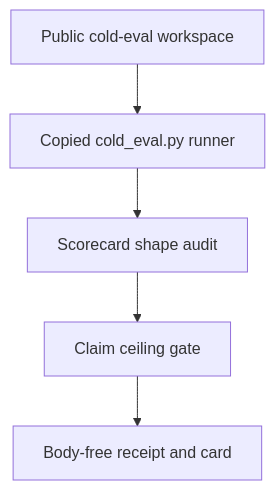
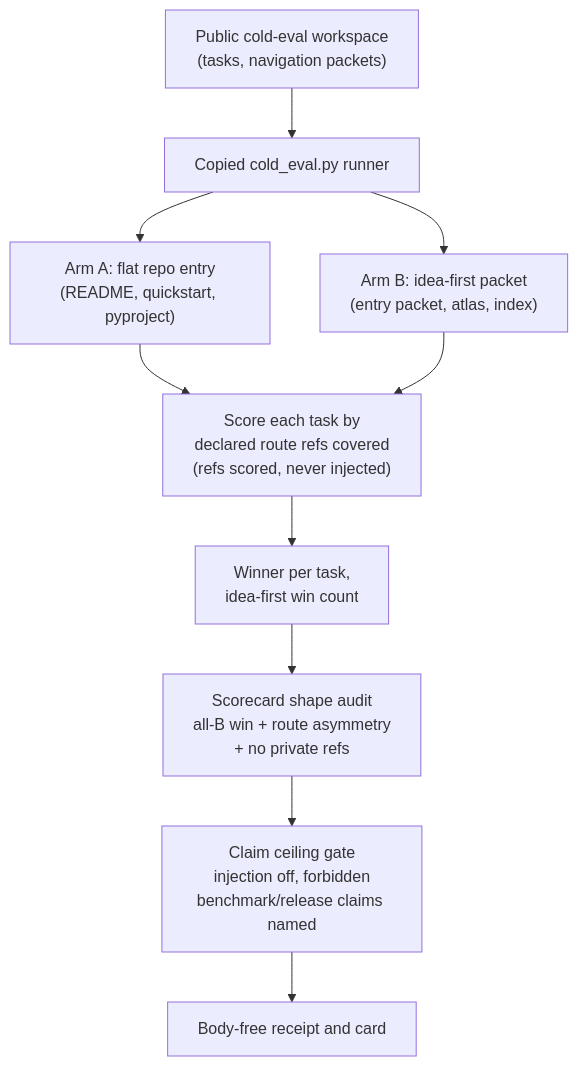
The diagram in paper_modules/batch10_cold_eval_honesty_capsule.md (wcook04/plectis), drawn with Mermaid before and after one commit. The commit also changed other lines of this file and 90 other files, not shown here.

First line of the commit message:
microcosm: enrich public paper-module prose and Shape diagrams (91 modules)

````diff
--- a/paper_modules/batch10_cold_eval_honesty_capsule.md
+++ b/paper_modules/batch10_cold_eval_honesty_capsule.md
@@ -17,7 +17,12 @@
 ```mermaid
 flowchart TD
-    A["Public cold-eval workspace"] --> B["Copied cold_eval.py runner"]
-    B --> C["Scorecard shape audit"]
-    C --> D["Claim ceiling gate"]
+    A["Public cold-eval workspace\n(tasks, navigation packets)"] --> B["Copied cold_eval.py runner"]
+    B --> A1["Arm A: flat repo entry\n(README, quickstart, pyproject)"]
+    B --> A2["Arm B: idea-first packet\n(entry packet, atlas, index)"]
+    A1 --> SC["Score each task by\ndeclared route refs covered\n(refs scored, never injected)"]
+    A2 --> SC
+    SC --> W["Winner per task,\nidea-first win count"]
+    W --> C["Scorecard shape audit\nall-B win + route asymmetry\n+ no private refs"]
+    C --> D["Claim ceiling gate\ninjection off, forbidden\nbenchmark/release claims named"]
     D --> E["Body-free receipt and card"]
 ```
````
